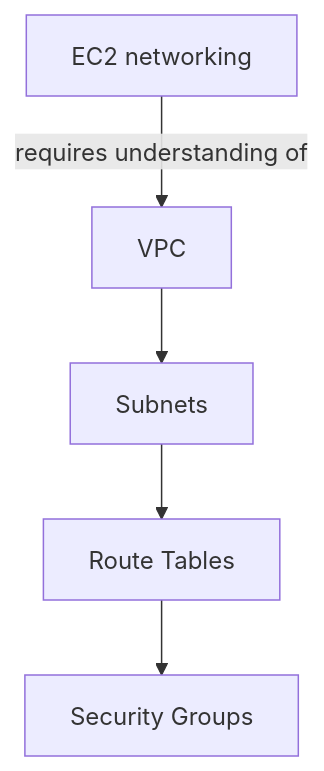
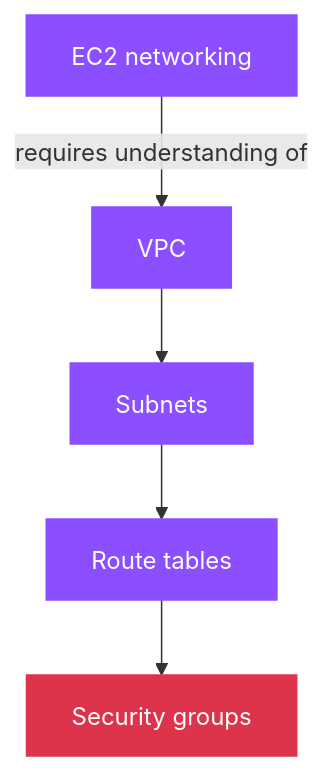
Before and after one commit to GabrielAlmeidaFlores/AWS-CloudOps-Engineer-Associate-Doc: diagram 13 of 15 in AGENTS.md, drawn with Mermaid. The commit also changed other lines of this file and 22 other files, not shown here.

First line of the commit message:
docs: AWS-styled Mermaid, IAM/VPC console screenshots, and AGENTS.md rules

````diff
--- a/AGENTS.md
+++ b/AGENTS.md
@@ -2217,5 +2306,9 @@
 ```mermaid
 flowchart TD
-    A["EC2 networking"] -->|"requires understanding of"| B[VPC]
-    B --> C[Subnets] --> D["Route Tables"] --> E["Security Groups"]
+    A["EC2 networking"] -->|"requires understanding of"| B["VPC"]
+    B --> C["Subnets"] --> D["Route tables"] --> E["Security groups"]
+    classDef network fill:#8C4FFF,stroke:#8C4FFF,color:#ffffff
+    classDef security fill:#DD344C,stroke:#DD344C,color:#ffffff
+    class A,B,C,D network
+    class E security
 ```
````
